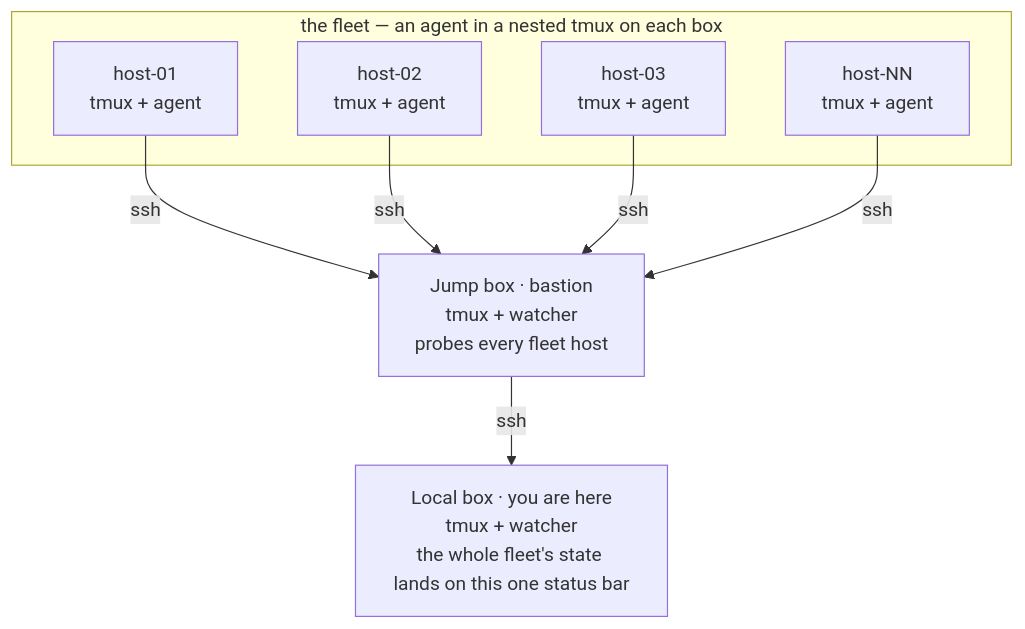
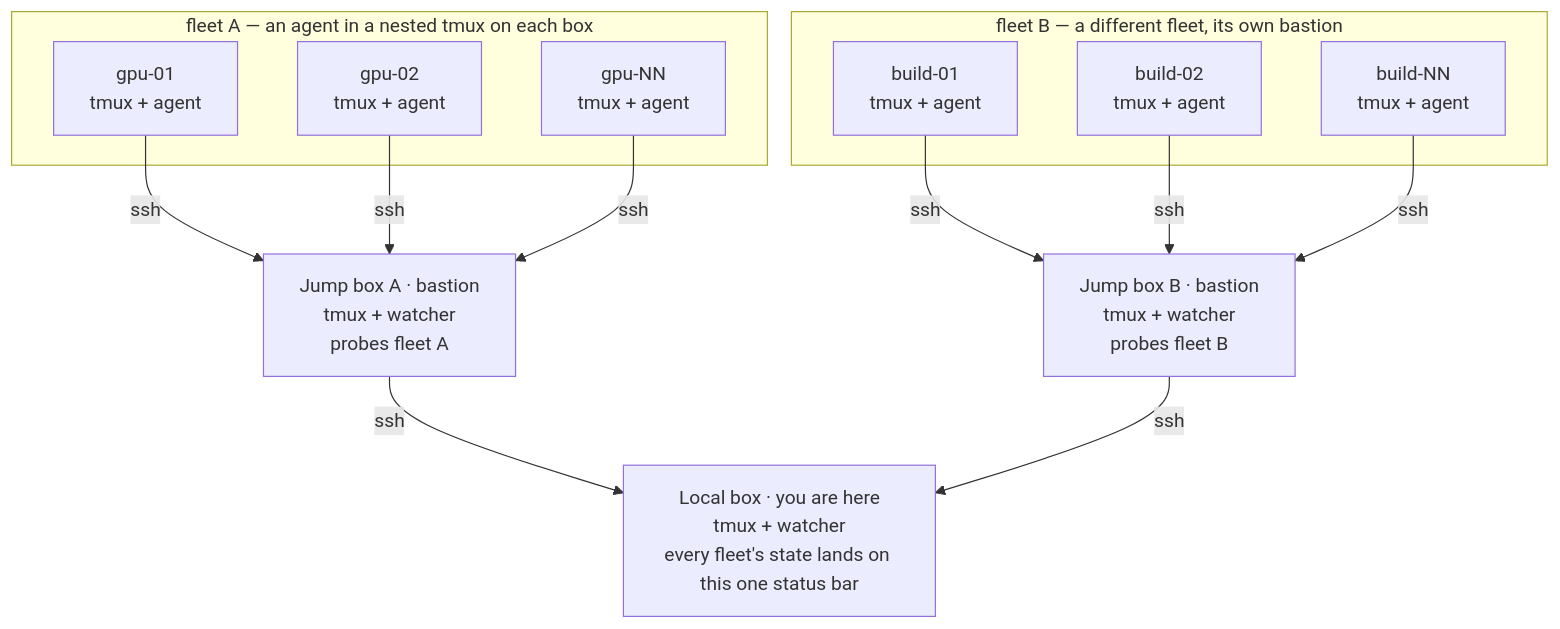
Before and after one commit to TheSlopFather/tmux-agent-watch: the diagram in README.md, drawn with Mermaid. The commit also changed other lines of this file and 1 other file, not shown here.

First line of the commit message:
Document multi-fleet jump boxes, oh-my-tmux, and remote tier push

````diff
--- a/README.md
+++ b/README.md
@@ -27,15 +27,22 @@
 ```mermaid
 flowchart TD
-    subgraph fleet ["the fleet — an agent in a nested tmux on each box"]
-        h1["host-01<br/>tmux + agent"]
-        h2["host-02<br/>tmux + agent"]
-        h3["host-03<br/>tmux + agent"]
-        hN["host-NN<br/>tmux + agent"]
+    subgraph fleetA ["fleet A — an agent in a nested tmux on each box"]
+        a1["gpu-01<br/>tmux + agent"]
+        a2["gpu-02<br/>tmux + agent"]
+        aN["gpu-NN<br/>tmux + agent"]
     end
-    h1 -->|ssh| J
-    h2 -->|ssh| J
-    h3 -->|ssh| J
-    hN -->|ssh| J
-    J["Jump box · bastion<br/>tmux + watcher<br/>probes every fleet host"] -->|ssh| L
-    L["Local box · you are here<br/>tmux + watcher<br/>the whole fleet's state lands on this one status bar"]
+    subgraph fleetB ["fleet B — a different fleet, its own bastion"]
+        b1["build-01<br/>tmux + agent"]
+        b2["build-02<br/>tmux + agent"]
+        bN["build-NN<br/>tmux + agent"]
+    end
+    a1 -->|ssh| JA
+    a2 -->|ssh| JA
+    aN -->|ssh| JA
+    b1 -->|ssh| JB
+    b2 -->|ssh| JB
+    bN -->|ssh| JB
+    JA["Jump box A · bastion<br/>tmux + watcher<br/>probes fleet A"] -->|ssh| L
+    JB["Jump box B · bastion<br/>tmux + watcher<br/>probes fleet B"] -->|ssh| L
+    L["Local box · you are here<br/>tmux + watcher<br/>every fleet's state lands on this one status bar"]
 ```
````
